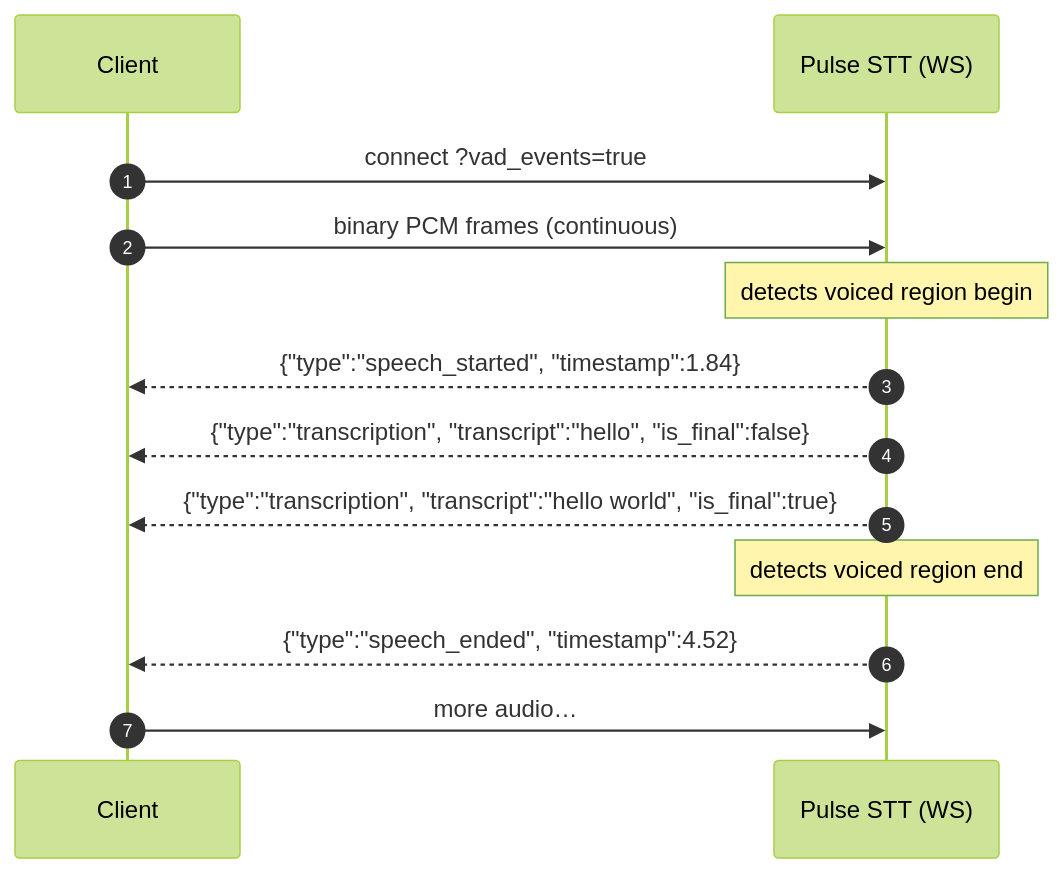
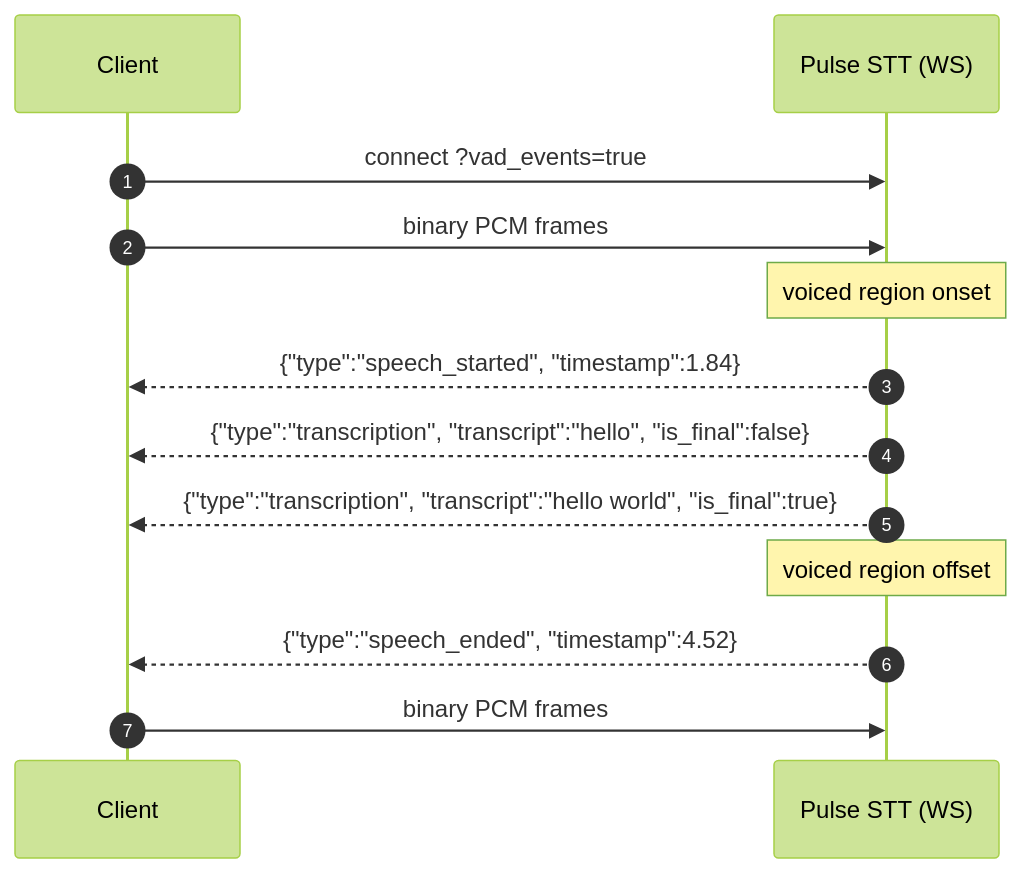
The diagram in fern/products/waves/versions/v4.0.0/speech-to-text/features/vad-events.mdx (smallest-inc/smallest-ai-documentation), drawn with Mermaid (forest theme) before and after one commit. The commit also changed other lines of this file and 4 other files, not shown here.

````diff
--- a/fern/products/waves/versions/v4.0.0/speech-to-text/features/vad-events.mdx
+++ b/fern/products/waves/versions/v4.0.0/speech-to-text/features/vad-events.mdx
@@ -32,16 +32,16 @@
 ```mermaid
 sequenceDiagram
     autonumber
     participant Client
     participant Pulse as Pulse STT (WS)
 
     Client->>Pulse: connect ?vad_events=true
-    Client->>Pulse: binary PCM frames (continuous)
-    Note over Pulse: detects voiced region begin
+    Client->>Pulse: binary PCM frames
+    Note over Pulse: voiced region onset
     Pulse-->>Client: {"type":"speech_started", "timestamp":1.84}
     Pulse-->>Client: {"type":"transcription", "transcript":"hello", "is_final":false}
     Pulse-->>Client: {"type":"transcription", "transcript":"hello world", "is_final":true}
-    Note over Pulse: detects voiced region end
+    Note over Pulse: voiced region offset
     Pulse-->>Client: {"type":"speech_ended", "timestamp":4.52}
-    Client->>Pulse: more audio…
+    Client->>Pulse: binary PCM frames
 ```
````
